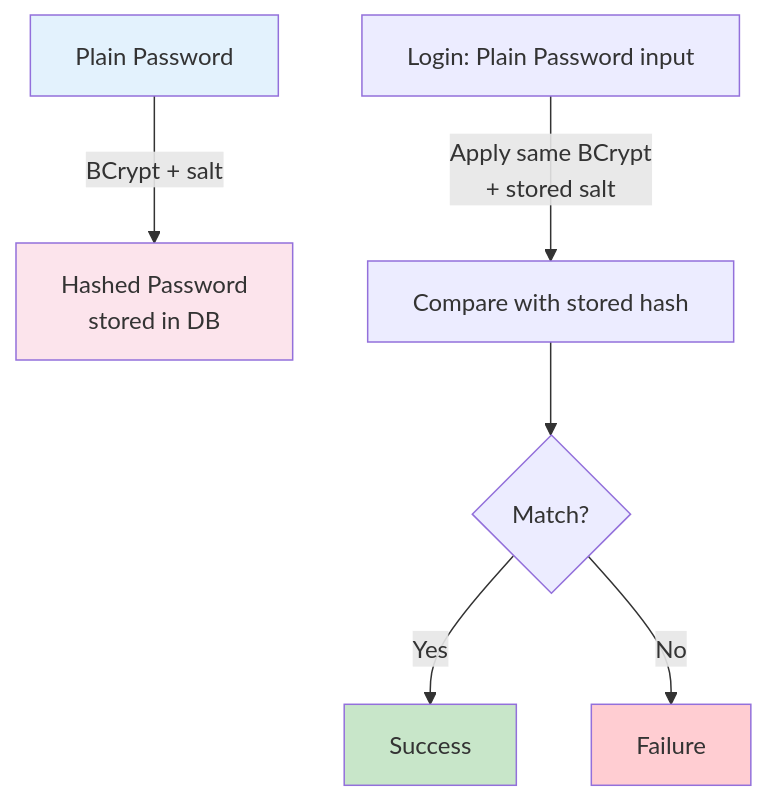
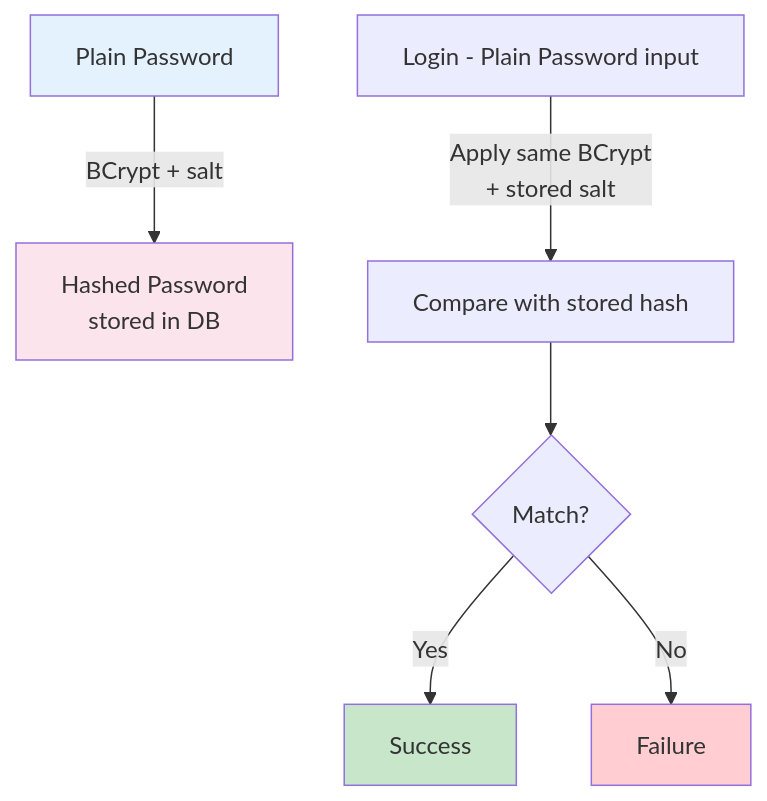
One commit to Keglev/stockease changed the second of 3 diagrams in docs/architecture/patterns/security-patterns.md. Above: the diagram before and after it, drawn with Mermaid. The commit also changed 8 other files, not shown here.

Commit message:
fix: Remove colons from mermaid node labels to fix rendering errors

````diff
--- a/docs/architecture/patterns/security-patterns.md
+++ b/docs/architecture/patterns/security-patterns.md
@@ -77,15 +77,15 @@
 ```mermaid
 graph TD
     A[Plain Password] -->|BCrypt + salt| B[Hashed Password<br/>stored in DB]
     
-    C[Login: Plain Password input] -->|Apply same BCrypt<br/>+ stored salt| D[Compare with stored hash]
+    C[Login - Plain Password input] -->|Apply same BCrypt<br/>+ stored salt| D[Compare with stored hash]
     
     D --> E{Match?}
     E -->|Yes| F[Success]
     E -->|No| G[Failure]
     
     style A fill:#e3f2fd
     style B fill:#fce4ec
     style F fill:#c8e6c9
     style G fill:#ffcdd2
 ```
````
